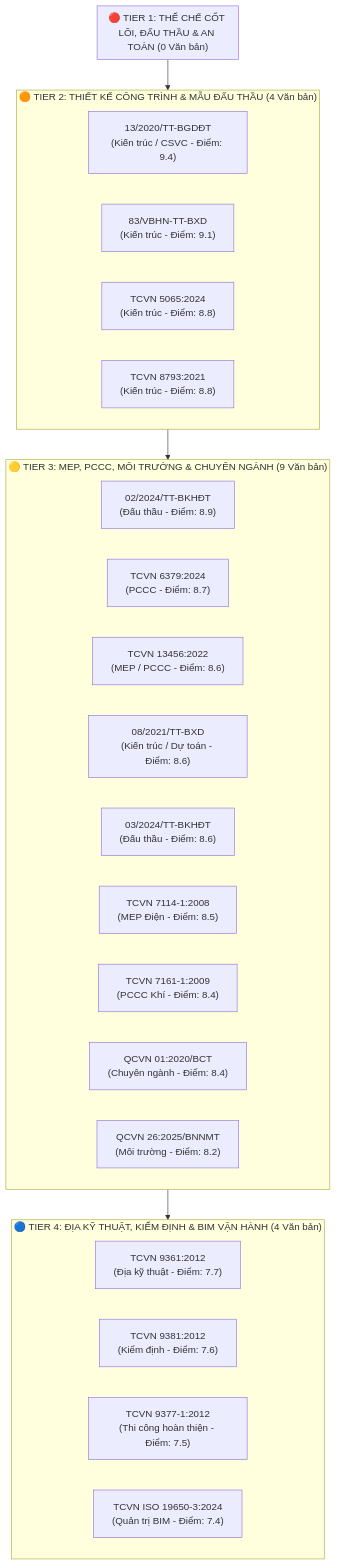
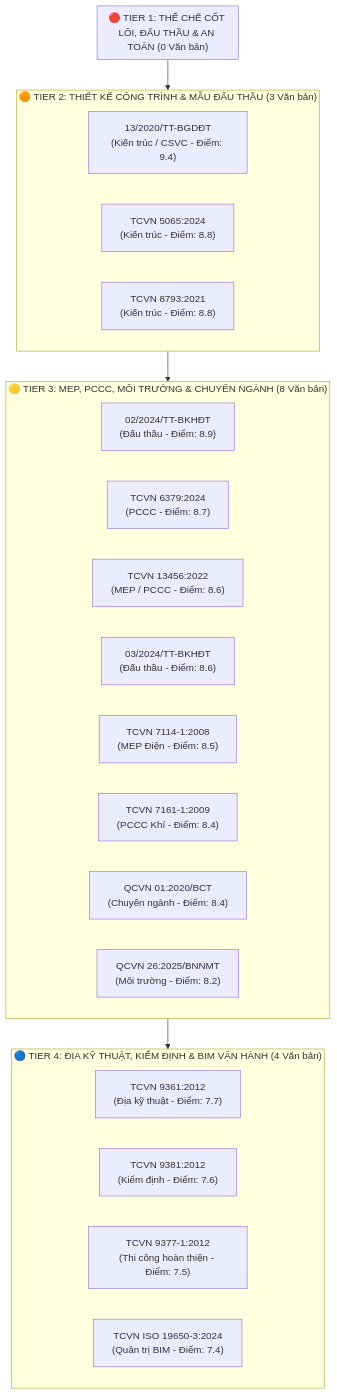
One commit to vvChu/ccba-legal-knowledge changed the diagram in .md/knowledge/expansion_roadmap.md. Above: the diagram before and after it, drawn with Mermaid. The commit also changed other lines of this file and 31 other files, not shown here.

First line of the commit message:
feat(legal): ingest 83/VBHN-TT-BXD and TT 08/2021/TT-BXD OKF v2.4 bundles (#28)

````diff
--- a/.md/knowledge/expansion_roadmap.md
+++ b/.md/knowledge/expansion_roadmap.md
@@ -23,35 +23,33 @@
 ```mermaid
 graph TD
     subgraph T1["🔴 TIER 1: THỂ CHẾ CỐT LÕI, ĐẤU THẦU & AN TOÀN (0 Văn bản)"]
     end
 
-    subgraph T2["🟠 TIER 2: THIẾT KẾ CÔNG TRÌNH & MẪU ĐẤU THẦU (4 Văn bản)"]
+    subgraph T2["🟠 TIER 2: THIẾT KẾ CÔNG TRÌNH & MẪU ĐẤU THẦU (3 Văn bản)"]
         T2_1["13/2020/TT-BGDĐT<br/>(Kiến trúc / CSVC - Điểm: 9.4)"]
-        T2_2["83/VBHN-TT-BXD<br/>(Kiến trúc - Điểm: 9.1)"]
-        T2_3["TCVN 5065:2024<br/>(Kiến trúc - Điểm: 8.8)"]
-        T2_4["TCVN 8793:2021<br/>(Kiến trúc - Điểm: 8.8)"]
+        T2_2["TCVN 5065:2024<br/>(Kiến trúc - Điểm: 8.8)"]
+        T2_3["TCVN 8793:2021<br/>(Kiến trúc - Điểm: 8.8)"]
     end
 
-    subgraph T3["🟡 TIER 3: MEP, PCCC, MÔI TRƯỜNG & CHUYÊN NGÀNH (9 Văn bản)"]
+    subgraph T3["🟡 TIER 3: MEP, PCCC, MÔI TRƯỜNG & CHUYÊN NGÀNH (8 Văn bản)"]
         T3_1["02/2024/TT-BKHĐT<br/>(Đấu thầu - Điểm: 8.9)"]
         T3_2["TCVN 6379:2024<br/>(PCCC - Điểm: 8.7)"]
         T3_3["TCVN 13456:2022<br/>(MEP / PCCC - Điểm: 8.6)"]
-        T3_4["08/2021/TT-BXD<br/>(Kiến trúc / Dự toán - Điểm: 8.6)"]
-        T3_5["03/2024/TT-BKHĐT<br/>(Đấu thầu - Điểm: 8.6)"]
-        T3_6["TCVN 7114-1:2008<br/>(MEP Điện - Điểm: 8.5)"]
-        T3_7["TCVN 7161-1:2009<br/>(PCCC Khí - Điểm: 8.4)"]
-        T3_8["QCVN 01:2020/BCT<br/>(Chuyên ngành - Điểm: 8.4)"]
-        T3_9["QCVN 26:2025/BNNMT<br/>(Môi trường - Điểm: 8.2)"]
+        T3_4["03/2024/TT-BKHĐT<br/>(Đấu thầu - Điểm: 8.6)"]
+        T3_5["TCVN 7114-1:2008<br/>(MEP Điện - Điểm: 8.5)"]
+        T3_6["TCVN 7161-1:2009<br/>(PCCC Khí - Điểm: 8.4)"]
+        T3_7["QCVN 01:2020/BCT<br/>(Chuyên ngành - Điểm: 8.4)"]
+        T3_8["QCVN 26:2025/BNNMT<br/>(Môi trường - Điểm: 8.2)"]
     end
 
     subgraph T4["🔵 TIER 4: ĐỊA KỸ THUẬT, KIỂM ĐỊNH & BIM VẬN HÀNH (4 Văn bản)"]
         T4_1["TCVN 9361:2012<br/>(Địa kỹ thuật - Điểm: 7.7)"]
         T4_2["TCVN 9381:2012<br/>(Kiểm định - Điểm: 7.6)"]
         T4_3["TCVN 9377-1:2012<br/>(Thi công hoàn thiện - Điểm: 7.5)"]
         T4_4["TCVN ISO 19650-3:2024<br/>(Quản trị BIM - Điểm: 7.4)"]
     end
 
     T1 --> T2
     T2 --> T3
     T3 --> T4
 ```
````
